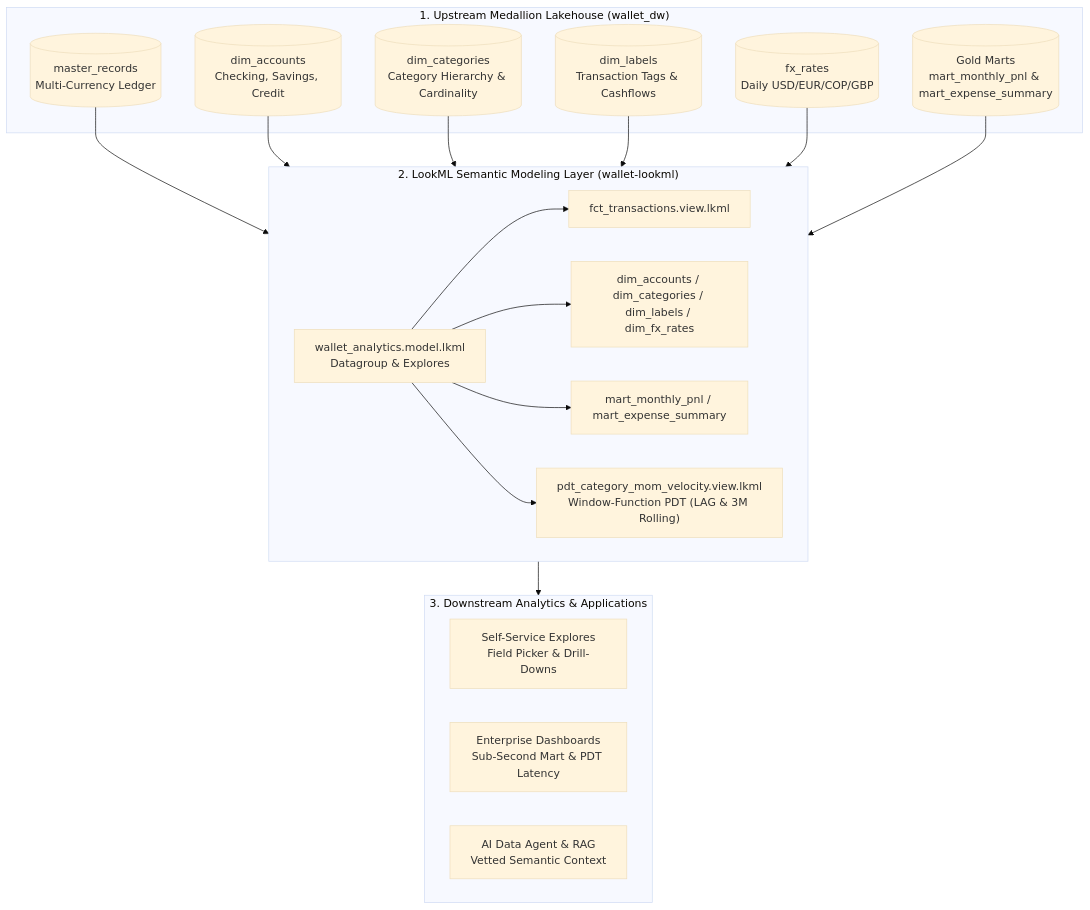
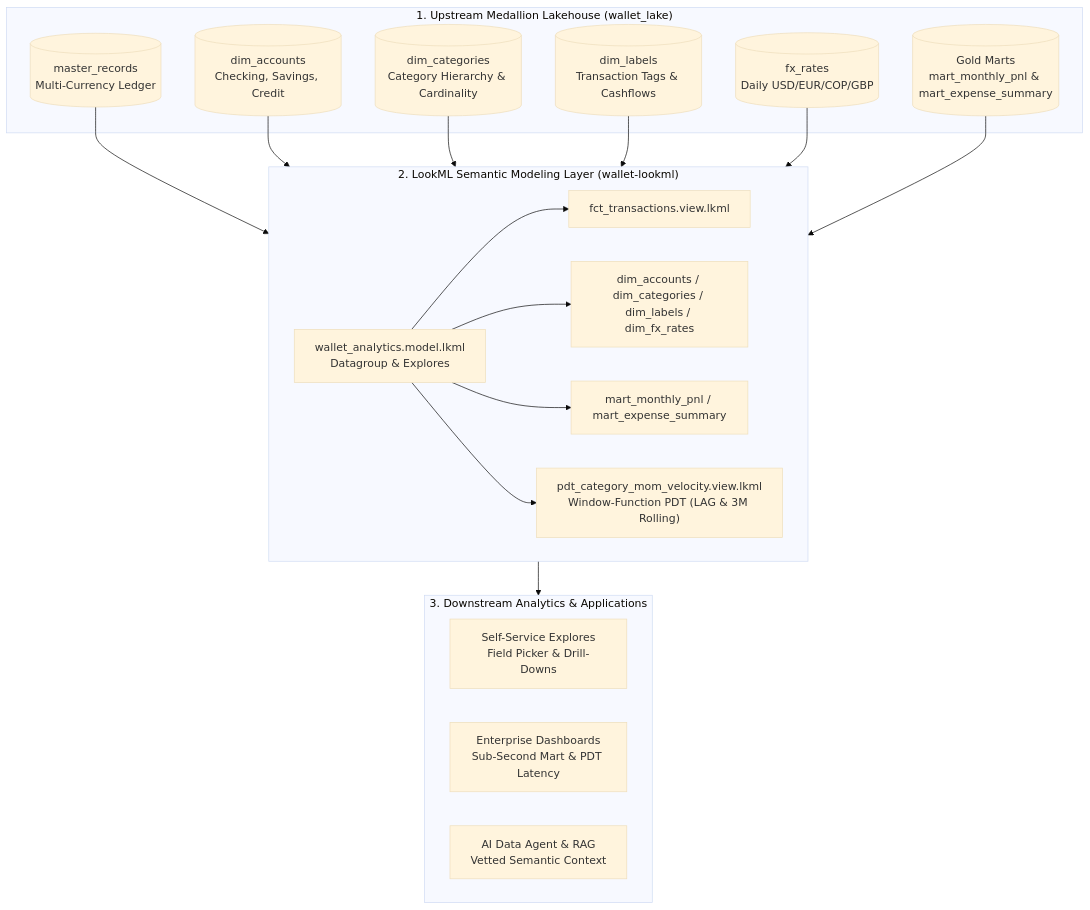
Before and after one commit to carlosgilroa/wallet-lookml: the diagram in README.md, drawn with Mermaid (base theme). The commit also changed 1 other file, not shown here.

Commit message:
fix(lookml): point schema_name at the wallet_lake BigQuery dataset

````diff
--- a/README.md
+++ b/README.md
@@ -30,29 +30,29 @@
 ```mermaid
 flowchart TD
-    subgraph DataLake ["1. Upstream Medallion Lakehouse (wallet_dw)"]
+    subgraph DataLake ["1. Upstream Medallion Lakehouse (wallet_lake)"]
         FCT[("master_records<br/>Multi-Currency Ledger")]
         ACC[("dim_accounts<br/>Checking, Savings, Credit")]
         CAT[("dim_categories<br/>Category Hierarchy & Cardinality")]
         LBL[("dim_labels<br/>Transaction Tags & Cashflows")]
         FX[("fx_rates<br/>Daily USD/EUR/COP/GBP")]
         MARTS[("Gold Marts<br/>mart_monthly_pnl & mart_expense_summary")]
     end
 
     subgraph SemanticLayer ["2. LookML Semantic Modeling Layer (wallet-lookml)"]
         MOD["wallet_analytics.model.lkml<br/>Datagroup & Explores"]
         V_FCT["fct_transactions.view.lkml"]
         V_DIMS["dim_accounts / dim_categories / dim_labels / dim_fx_rates"]
         V_MARTS["mart_monthly_pnl / mart_expense_summary"]
         PDT["pdt_category_mom_velocity.view.lkml<br/>Window-Function PDT (LAG & 3M Rolling)"]
     end
 
     subgraph Operations ["3. Downstream Analytics & Applications"]
         EXPLORE["Self-Service Explores<br/>Field Picker & Drill-Downs"]
         DASH["Enterprise Dashboards<br/>Sub-Second Mart & PDT Latency"]
         AI["AI Data Agent & RAG<br/>Vetted Semantic Context"]
     end
 
     FCT & ACC & CAT & LBL & FX & MARTS --> SemanticLayer
     MOD --> V_FCT & V_DIMS & V_MARTS & PDT
     SemanticLayer --> Operations
 ```
````
